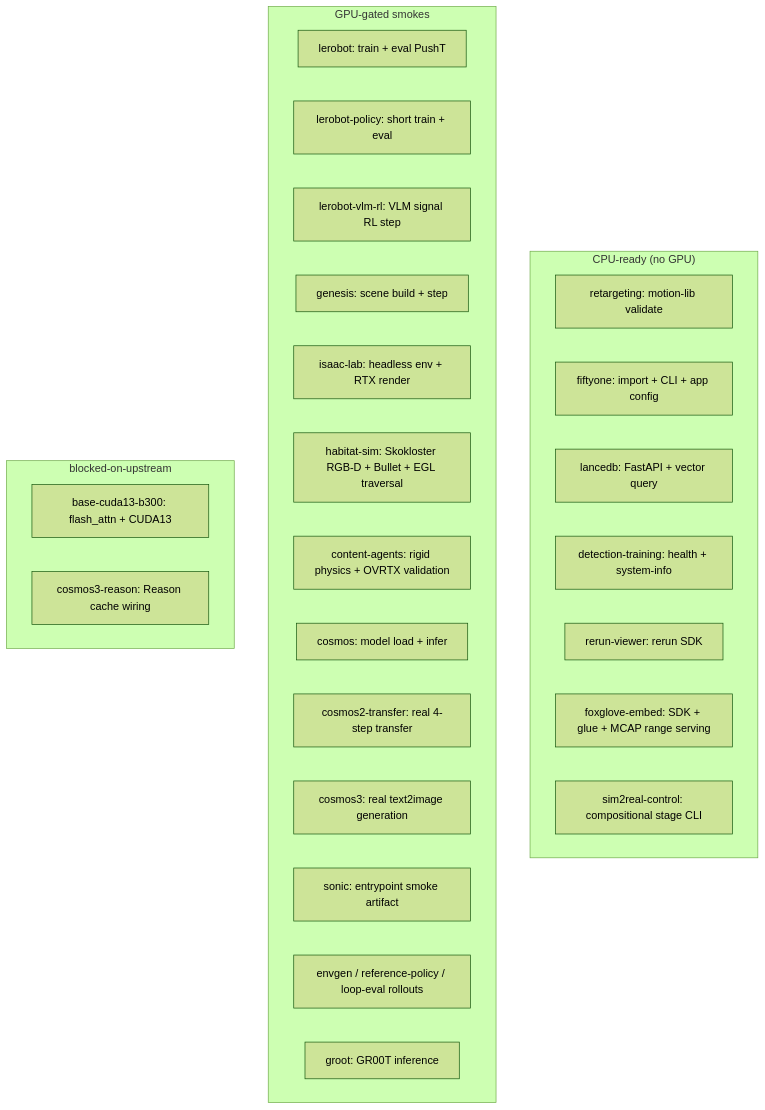
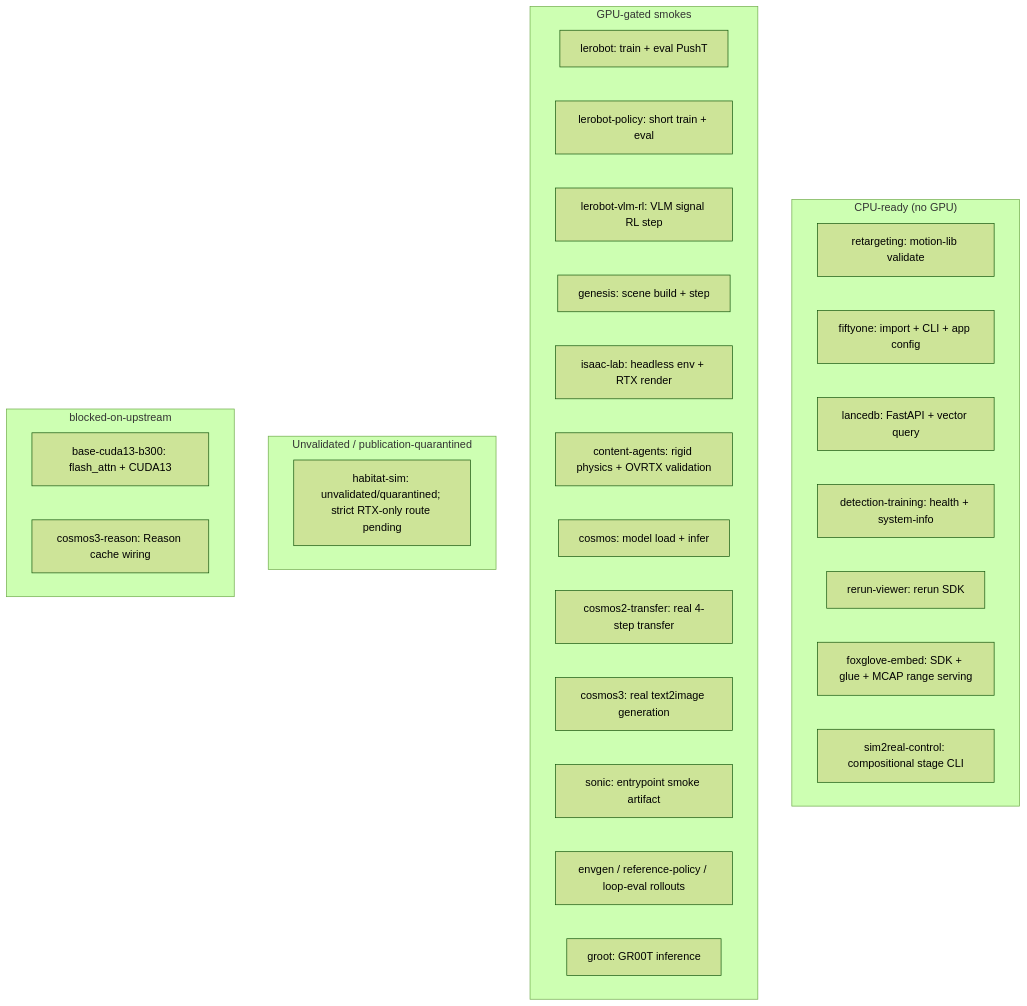
Before and after one commit to nebius/nebius-physical-ai: the diagram in docs/security/container-golden-evals.md, drawn with Mermaid (forest theme). The commit also changed 1 other file, not shown here.

Commit message:
docs(habitat): classify candidate as unvalidated

````diff
--- a/docs/security/container-golden-evals.md
+++ b/docs/security/container-golden-evals.md
@@ -72,31 +72,33 @@
 ```mermaid
 flowchart TB
   subgraph cpu_ready["CPU-ready (no GPU)"]
     retargeting["retargeting: motion-lib validate"]
     fiftyone["fiftyone: import + CLI + app config"]
     lancedb["lancedb: FastAPI + vector query"]
     det_train["detection-training: health + system-info"]
     rerun["rerun-viewer: rerun SDK"]
     foxglove["foxglove-embed: SDK + glue + MCAP range serving"]
     control["sim2real-control: compositional stage CLI"]
   end
   subgraph gpu_gated["GPU-gated smokes"]
     lerobot["lerobot: train + eval PushT"]
     policy["lerobot-policy: short train + eval"]
     vlm["lerobot-vlm-rl: VLM signal RL step"]
     genesis["genesis: scene build + step"]
     isaac["isaac-lab: headless env + RTX render"]
-    habitat["habitat-sim: Skokloster RGB-D + Bullet + EGL traversal"]
     content["content-agents: rigid physics + OVRTX validation"]
     cosmos["cosmos: model load + infer"]
     transfer["cosmos2-transfer: real 4-step transfer"]
     c3["cosmos3: real text2image generation"]
     sonic["sonic: entrypoint smoke artifact"]
     s2r["envgen / reference-policy / loop-eval rollouts"]
     groot["groot: GR00T inference"]
   end
+  subgraph unvalidated["Unvalidated / publication-quarantined"]
+    habitat["habitat-sim: unvalidated/quarantined; strict RTX-only route pending"]
+  end
   subgraph blocked["blocked-on-upstream"]
     b300["base-cuda13-b300: flash_attn + CUDA13"]
     reason["cosmos3-reason: Reason cache wiring"]
   end
 ```
````
